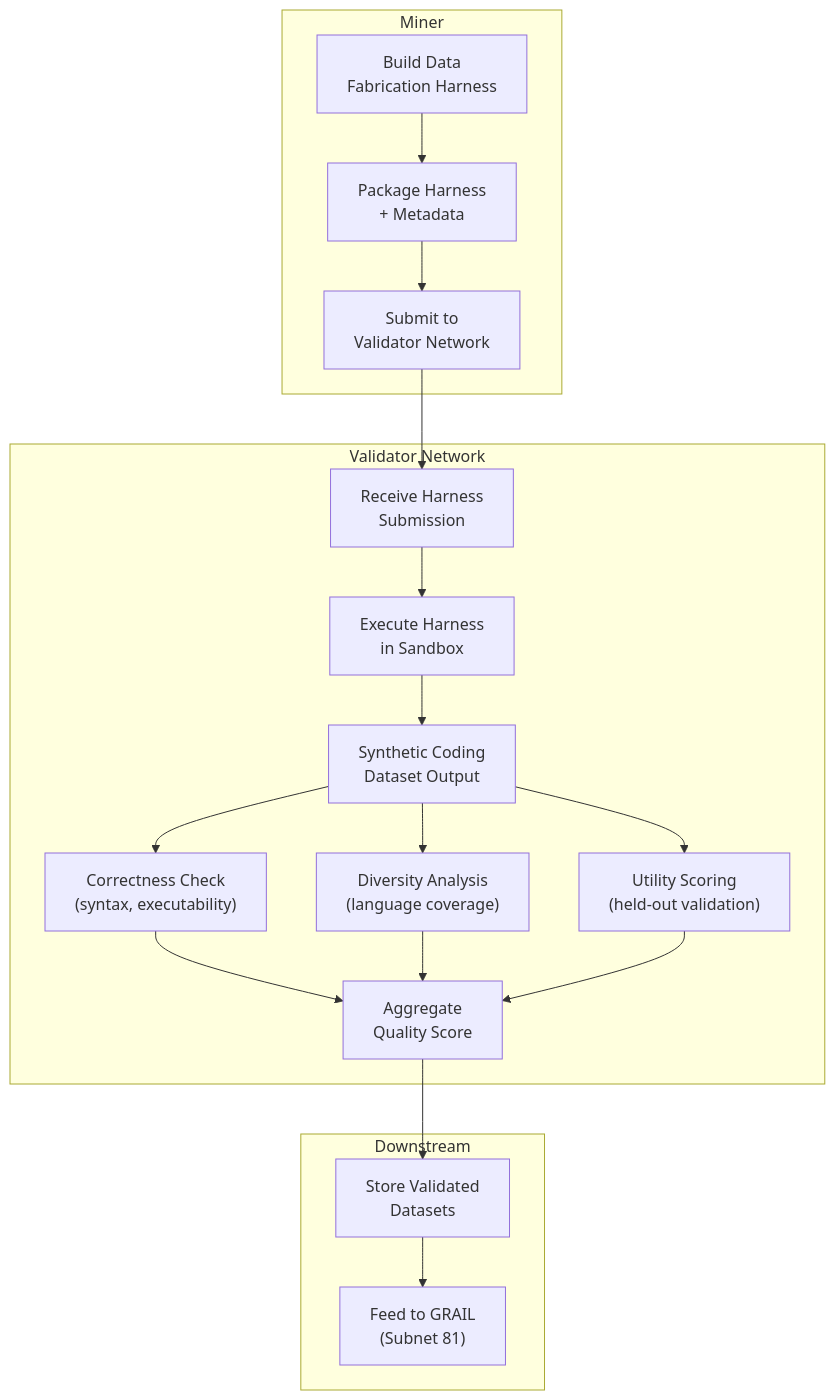
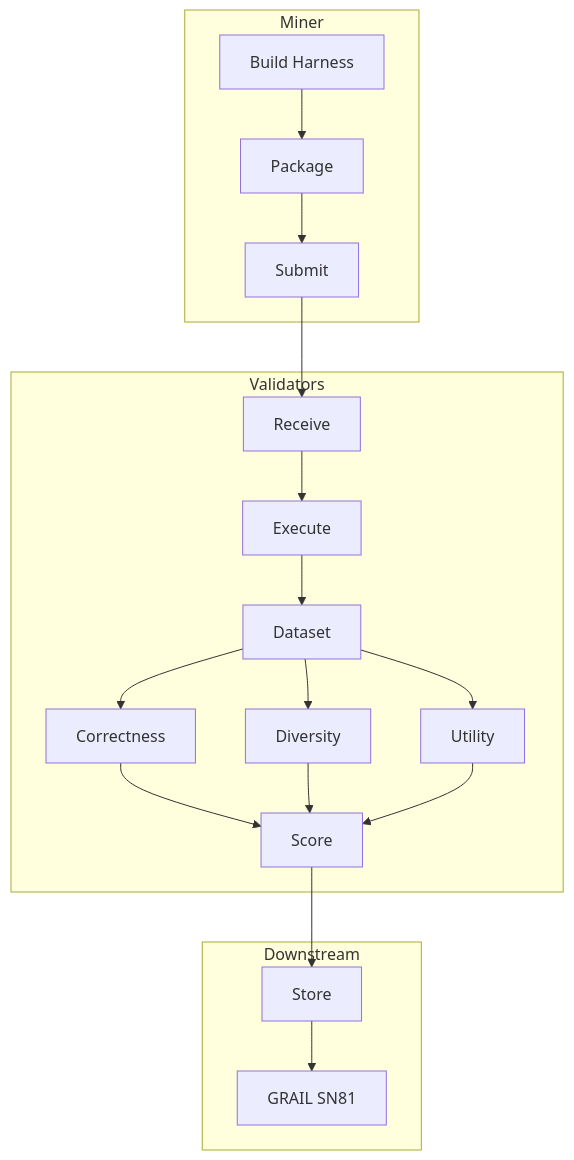
Before and after one commit to PlatformNetwork/roadmap: the tenth of 13 diagrams in README.md, drawn with Mermaid. The commit also changed other lines of this file, not shown here.

Commit message:
style: simplify mermaid labels, move Data Fabrication to Q2

````diff
--- a/README.md
+++ b/README.md
@@ -302,33 +284,23 @@
 ```mermaid
 flowchart TB
-    subgraph MinerSide["Miner"]
-        Build["Build Data\nFabrication Harness"]
-        Package["Package Harness\n+ Metadata"]
-        Submit["Submit to\nValidator Network"]
+    subgraph Miner
+        Build["Build Harness"] --> Package["Package"] --> Submit["Submit"]
     end
 
-    subgraph ValidatorSide["Validator Network"]
-        Receive["Receive Harness\nSubmission"]
-        Execute["Execute Harness\nin Sandbox"]
-        Output["Synthetic Coding\nDataset Output"]
-        Correctness["Correctness Check\n(syntax, executability)"]
-        Diversity["Diversity Analysis\n(language coverage)"]
-        Utility["Utility Scoring\n(held-out validation)"]
-        Aggregate["Aggregate\nQuality Score"]
+    subgraph Validators
+        Receive["Receive"] --> Execute["Execute"] --> Output["Dataset"]
+        Output --> C["Correctness"]
+        Output --> D["Diversity"]
+        Output --> U["Utility"]
+        C --> Agg["Score"]
+        D --> Agg
+        U --> Agg
     end
 
-    subgraph Downstream["Downstream"]
-        Store["Store Validated\nDatasets"]
-        GRAIL["Feed to GRAIL\n(Subnet 81)"]
+    subgraph Downstream
+        Store["Store"] --> GRAIL["GRAIL SN81"]
     end
 
-    Build --> Package --> Submit --> Receive
-    Receive --> Execute --> Output
-    Output --> Correctness
-    Output --> Diversity
-    Output --> Utility
-    Correctness --> Aggregate
-    Diversity --> Aggregate
-    Utility --> Aggregate
-    Aggregate --> Store --> GRAIL
+    Submit --> Receive
+    Agg --> Store
 ```
````
